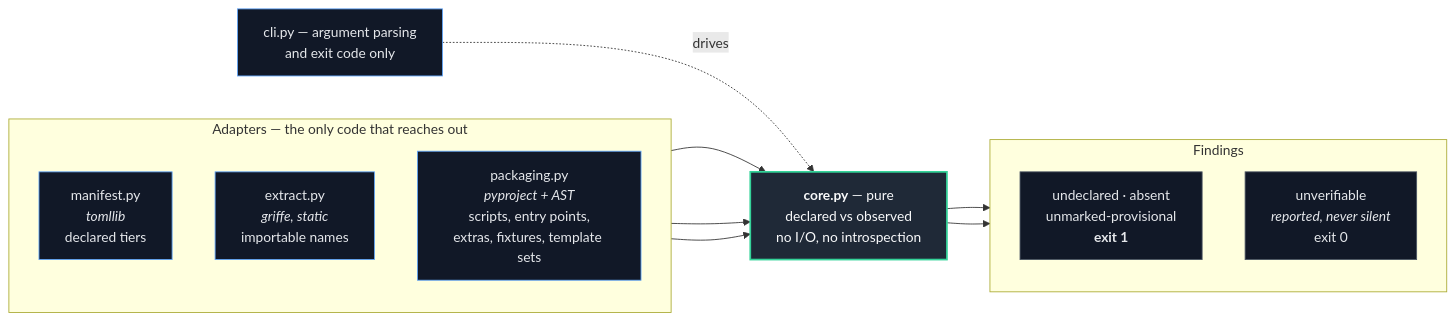
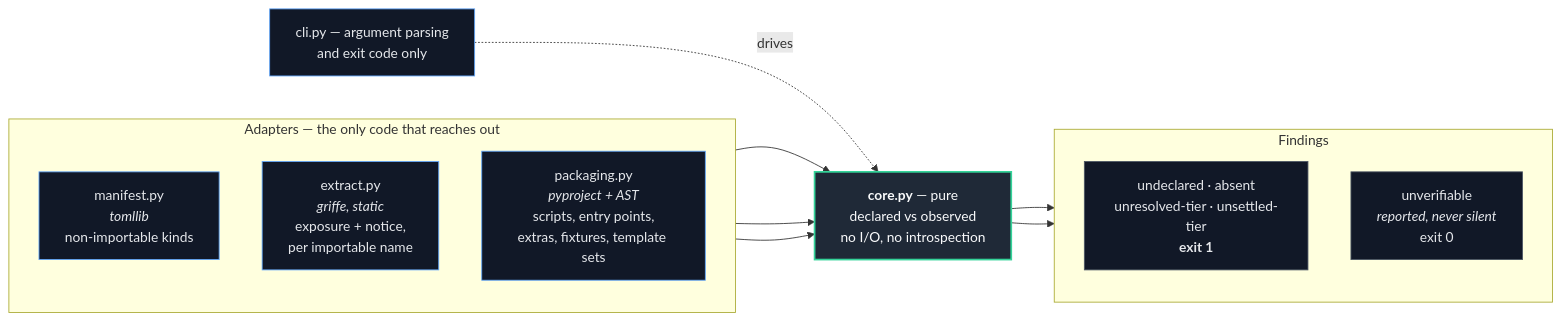
One commit to hlop3z/spoc changed the second of 2 diagrams in docs/architecture/stability-contract.md. Above: the diagram before and after it, drawn with Mermaid. The commit also changed other lines of this file and 3 other files, not shown here.

First line of the commit message:
docs: state the decided surface and correct the contract diagram

````diff
--- a/docs/architecture/stability-contract.md
+++ b/docs/architecture/stability-contract.md
@@ -46,32 +70,32 @@
 ```mermaid
 flowchart LR
     subgraph inputs ["Adapters — the only code that reaches out"]
         direction TB
-        mf["manifest.py<br/><i>tomllib</i><br/>declared tiers"]
-        ex["extract.py<br/><i>griffe, static</i><br/>importable names"]
+        mf["manifest.py<br/><i>tomllib</i><br/>non-importable kinds"]
+        ex["extract.py<br/><i>griffe, static</i><br/>exposure + notice,<br/>per importable name"]
         pk["packaging.py<br/><i>pyproject + AST</i><br/>scripts, entry points,<br/>extras, fixtures, template sets"]
     end
 
     core["<b>core.py</b> — pure<br/>declared vs observed<br/>no I/O, no introspection"]
 
     subgraph out ["Findings"]
         direction TB
-        fatal["undeclared · absent<br/>unmarked-provisional<br/><b>exit 1</b>"]
+        fatal["undeclared · absent<br/>unresolved-tier · unsettled-tier<br/><b>exit 1</b>"]
         soft["unverifiable<br/><i>reported, never silent</i><br/>exit 0"]
     end
 
     mf --> core
     ex --> core
     pk --> core
     core --> fatal
     core --> soft
 
     cli["cli.py — argument parsing<br/>and exit code only"] -.->|drives| core
 
     classDef pure fill:#1f2937,stroke:#34d399,stroke-width:2px,color:#f9fafb
     classDef adapter fill:#111827,stroke:#60a5fa,color:#e5e7eb
     classDef result fill:#111827,stroke:#4b5563,color:#e5e7eb
     class core pure
     class mf,ex,pk,cli adapter
     class fatal,soft result
 ```
````
